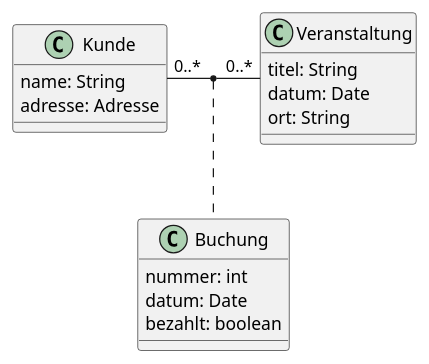
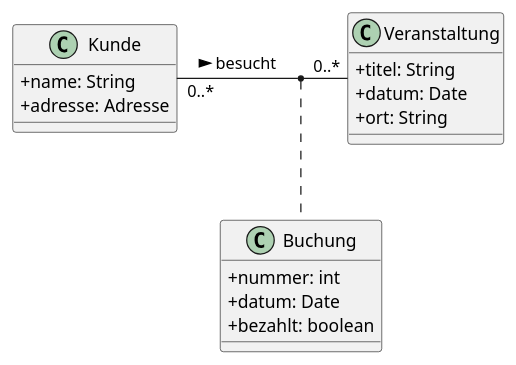
Before and after one commit to Sascha8a/OOM: the diagram in ue01/3b.puml, drawn with PlantUML. The commit also changed 6 other files, not shown here.

```diff
--- a/ue01/3b.puml
+++ b/ue01/3b.puml
@@ -1,25 +1,25 @@
 @startuml Aufgabe 3 b)
 
 skinparam classAttributeIconSize 0
 
 class Kunde {
-    name: String
-    adresse: Adresse
+    +name: String
+    +adresse: Adresse
 }
 
 class Veranstaltung {
-    titel: String
-    datum: Date
-    ort: String
+    +titel: String
+    +datum: Date
+    +ort: String
 }
 
 class Buchung {
-    nummer: int
-    datum: Date
-    bezahlt: boolean
+    +nummer: int
+    +datum: Date
+    +bezahlt: boolean
 }
 
-Kunde "0..*" - "0..*" Veranstaltung
+Kunde "0..*" - "0..*" Veranstaltung: besucht >
 (Kunde, Veranstaltung) .. Buchung
 
 @enduml
```
